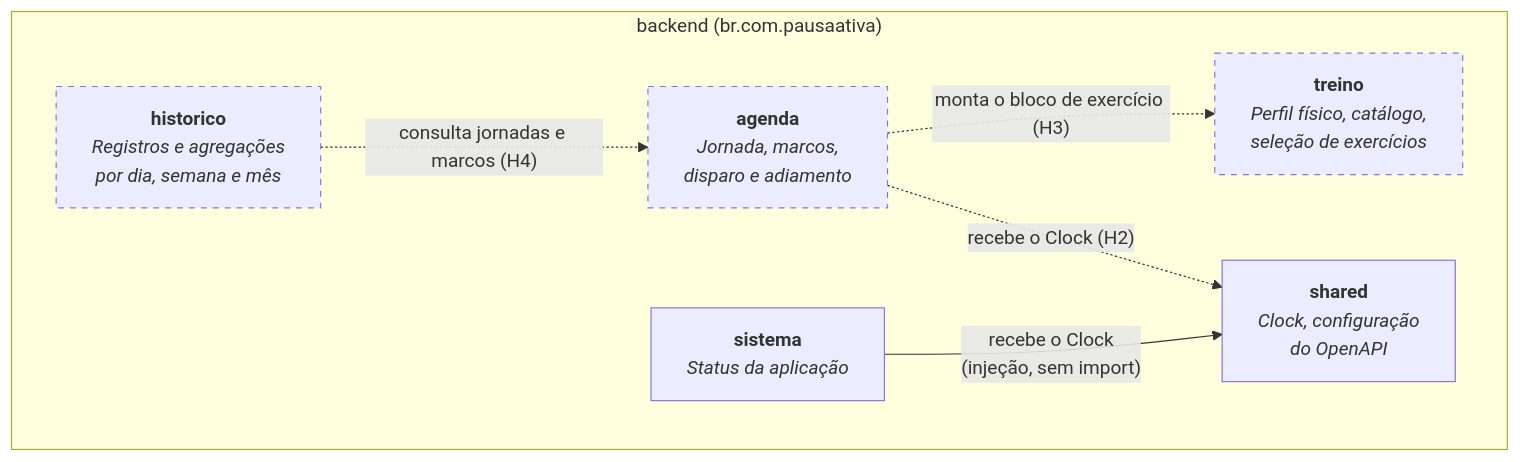
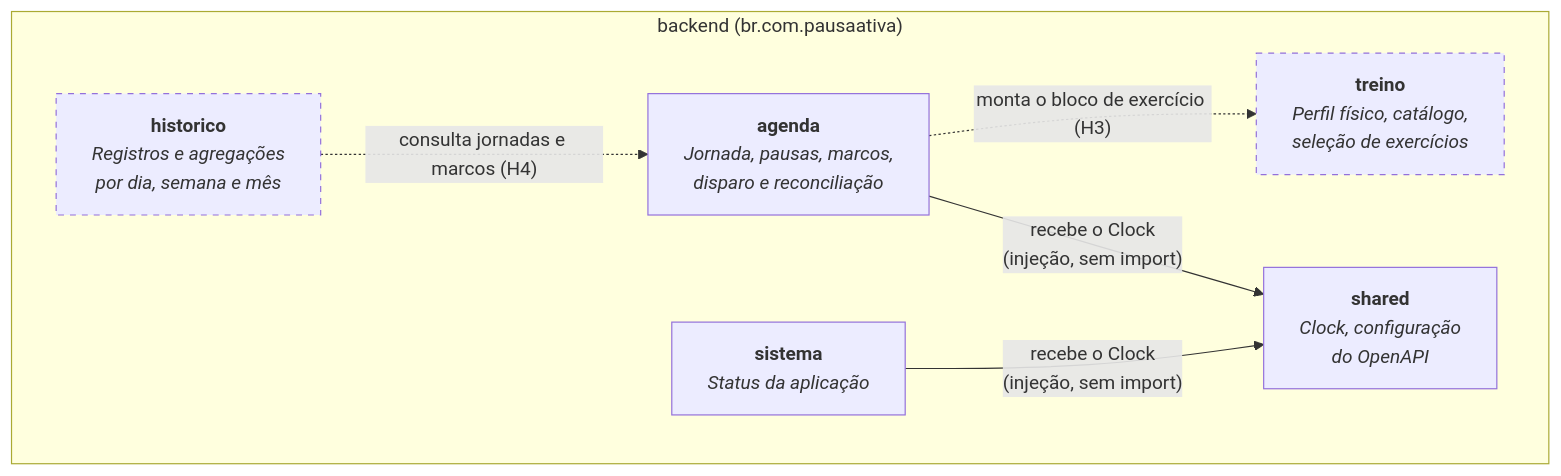
The first of 3 diagrams in docs/arquitetura/c4-3-componentes.md (lincolnnaraujo/pausa-ativa), drawn with Mermaid before and after one commit. The commit also changed other lines of this file and 12 other files, not shown here.

````diff
--- a/docs/arquitetura/c4-3-componentes.md
+++ b/docs/arquitetura/c4-3-componentes.md
@@ -7,19 +7,19 @@
 ```mermaid
 flowchart LR
     subgraph backend["backend (br.com.pausaativa)"]
         direction LR
-        AG["<b>agenda</b><br/><i>Jornada, marcos,<br/>disparo e adiamento</i>"]
+        AG["<b>agenda</b><br/><i>Jornada, pausas, marcos,<br/>disparo e reconciliação</i>"]
         TR["<b>treino</b><br/><i>Perfil físico, catálogo,<br/>seleção de exercícios</i>"]
         HI["<b>historico</b><br/><i>Registros e agregações<br/>por dia, semana e mês</i>"]
         SI["<b>sistema</b><br/><i>Status da aplicação</i>"]
         SH["<b>shared</b><br/><i>Clock, configuração<br/>do OpenAPI</i>"]
     end
 
     AG -.->|"monta o bloco de exercício (H3)"| TR
     HI -.->|"consulta jornadas e marcos (H4)"| AG
     SI -->|"recebe o Clock<br/>(injeção, sem import)"| SH
-    AG -.->|"recebe o Clock (H2)"| SH
+    AG -->|"recebe o Clock<br/>(injeção, sem import)"| SH
 
     classDef vazio stroke-dasharray: 5 5
-    class AG,TR,HI vazio
+    class TR,HI vazio
 ```
````
